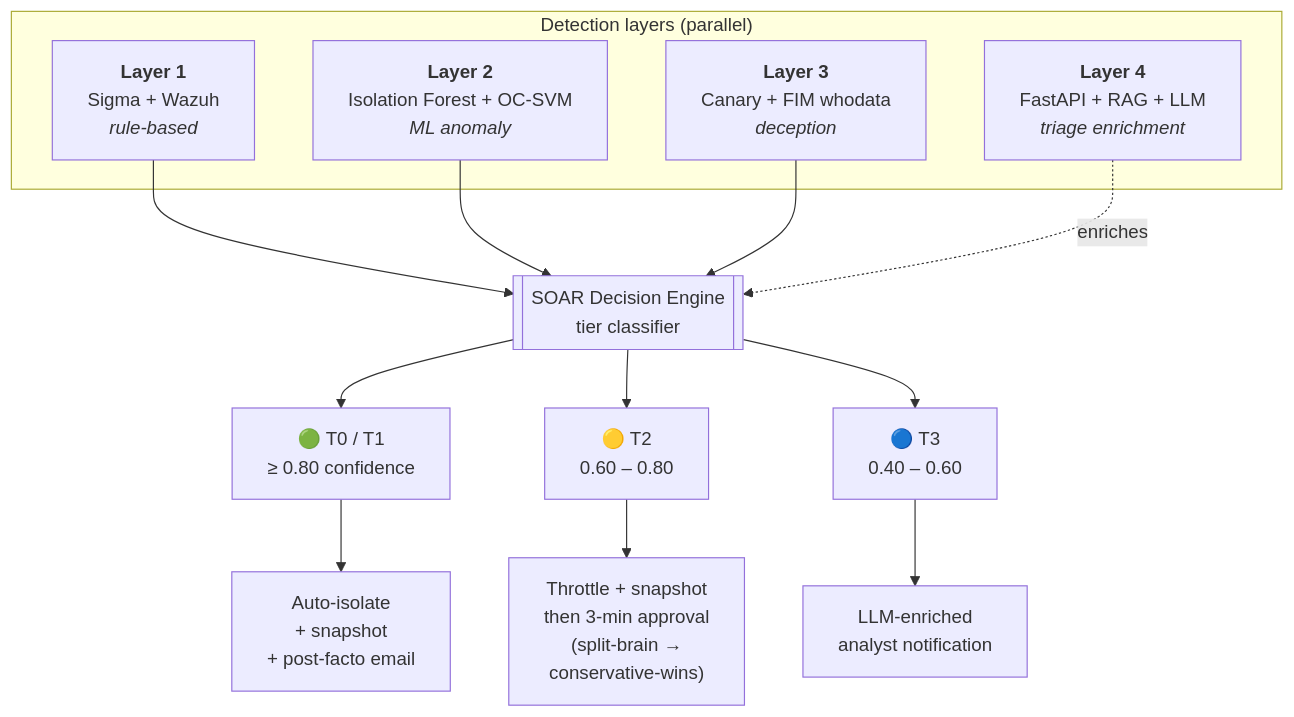
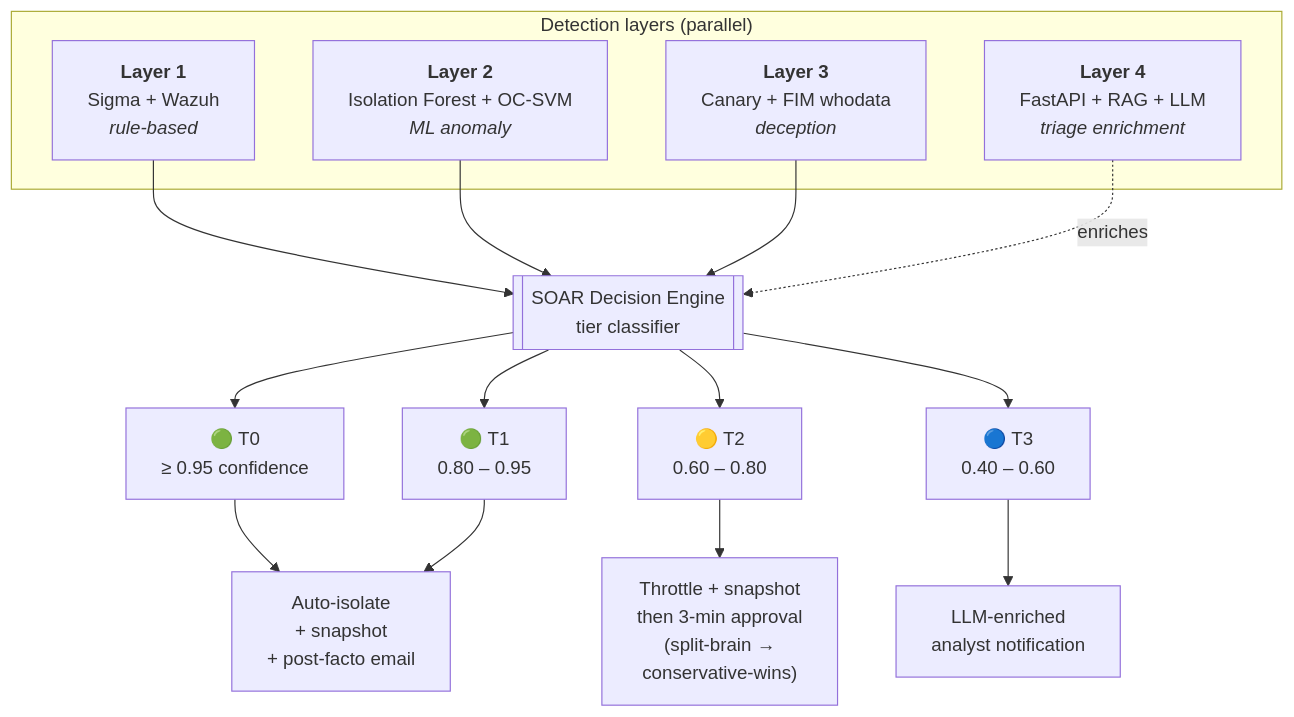
The diagram in README.md (EnzoOrdonez/argos), drawn with Mermaid before and after one commit. The commit also changed 1 other file, not shown here.

Commit message:
docs: fix 2 residual inconsistencies caught by cross-doc check
Automated number-consistency check across all docs found two real
inconsistencies missed by the previous audit pass:

1. docs/README.md said 'Architecture decisions: 6 ADRs (5 accepted,
   1 rejected)'. There are 7 ADRs (6 accepted, 1 rejected). The root
   README was fixed in the previous commit but docs/README still had
   the stale count.

2. README.md mermaid diagram grouped T0/T1 under a single label
   '≥ 0.80 confidence'. That contradicts the table immediately below
   (T0 ≥ 0.95, T1 0.80-0.95) and ADR-0003. Split into two nodes:
   T0 ≥ 0.95 and T1 0.80-0.95, both routing to A1 (auto-isolate).

````diff
--- a/README.md
+++ b/README.md
@@ -38,24 +38,26 @@
 ```mermaid
 flowchart TD
     subgraph DET["Detection layers (parallel)"]
         L1["<b>Layer 1</b><br/>Sigma + Wazuh<br/><i>rule-based</i>"]
         L2["<b>Layer 2</b><br/>Isolation Forest + OC-SVM<br/><i>ML anomaly</i>"]
         L3["<b>Layer 3</b><br/>Canary + FIM whodata<br/><i>deception</i>"]
         L4["<b>Layer 4</b><br/>FastAPI + RAG + LLM<br/><i>triage enrichment</i>"]
     end
 
     DE[["SOAR Decision Engine<br/>tier classifier"]]
 
     L1 --> DE
     L2 --> DE
     L3 --> DE
     L4 -. enriches .-> DE
 
-    DE --> T0["🟢 T0 / T1<br/>≥ 0.80 confidence"]
+    DE --> T0["🟢 T0<br/>≥ 0.95 confidence"]
+    DE --> T1["🟢 T1<br/>0.80 – 0.95"]
     DE --> T2["🟡 T2<br/>0.60 – 0.80"]
     DE --> T3["🔵 T3<br/>0.40 – 0.60"]
 
     T0 --> A1["Auto-isolate<br/>+ snapshot<br/>+ post-facto email"]
+    T1 --> A1
     T2 --> A2["Throttle + snapshot<br/>then 3-min approval<br/>(split-brain →<br/>conservative-wins)"]
     T3 --> A3["LLM-enriched<br/>analyst notification"]
 ```
````
